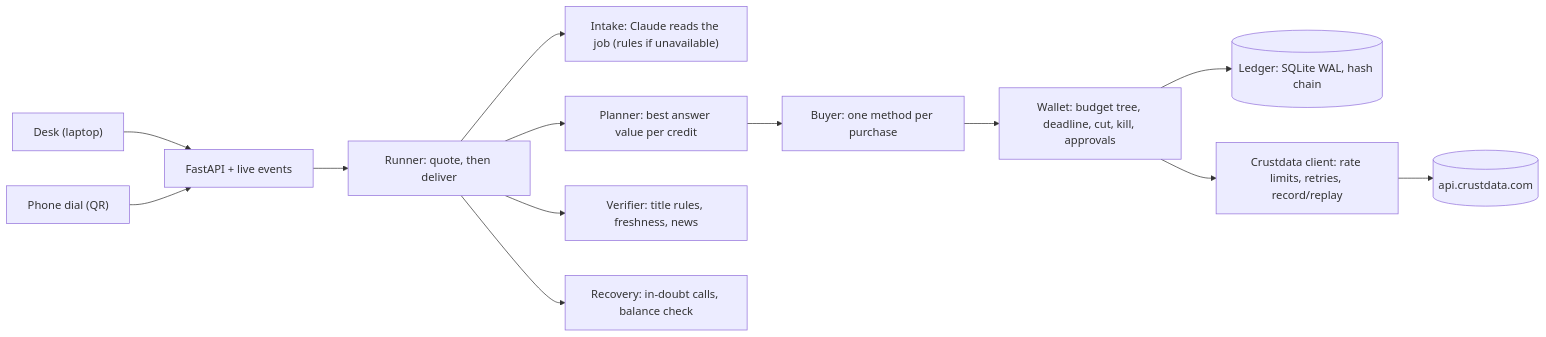
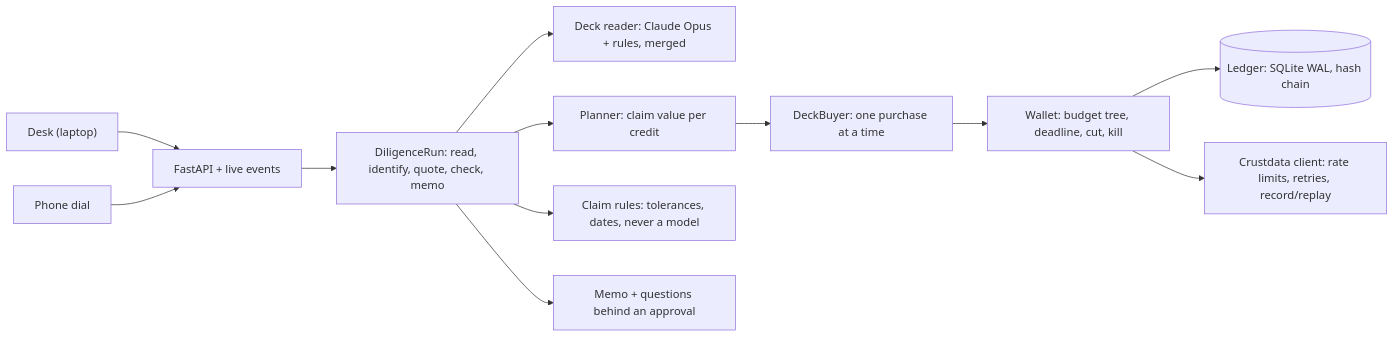
One commit to PD-17/Tally changed the diagram in README.md. Above: the diagram before and after it, drawn with Mermaid. The commit also changed other lines of this file, not shown here.

Commit message:
README: lead with the Diligence Desk (2.2), live results, how it meets the rules

````diff
--- a/README.md
+++ b/README.md
@@ -80,15 +92,14 @@
 ```mermaid
 flowchart LR
   Desk["Desk (laptop)"] --> API["FastAPI + live events"]
-  Phone["Phone dial (QR)"] --> API
-  API --> Run["Runner: quote, then deliver"]
-  Run --> Intake["Intake: Claude reads the job (rules if unavailable)"]
-  Run --> Planner["Planner: best answer value per credit"]
-  Planner --> Buyer["Buyer: one method per purchase"]
-  Buyer --> Wallet["Wallet: budget tree, deadline, cut, kill, approvals"]
+  Phone["Phone dial"] --> API
+  API --> Run["DiligenceRun: read, identify, quote, check, memo"]
+  Run --> Deck["Deck reader: Claude Opus + rules, merged"]
+  Run --> Planner["Planner: claim value per credit"]
+  Planner --> Buyer["DeckBuyer: one purchase at a time"]
+  Buyer --> Wallet["Wallet: budget tree, deadline, cut, kill"]
   Wallet --> Ledger[("Ledger: SQLite WAL, hash chain")]
   Wallet --> Client["Crustdata client: rate limits, retries, record/replay"]
-  Client --> CD[("api.crustdata.com")]
-  Run --> Verifier["Verifier: title rules, freshness, news"]
-  Run --> Recovery["Recovery: in-doubt calls, balance check"]
+  Run --> Rules["Claim rules: tolerances, dates, never a model"]
+  Run --> Memo["Memo + questions behind an approval"]
 ```
````
